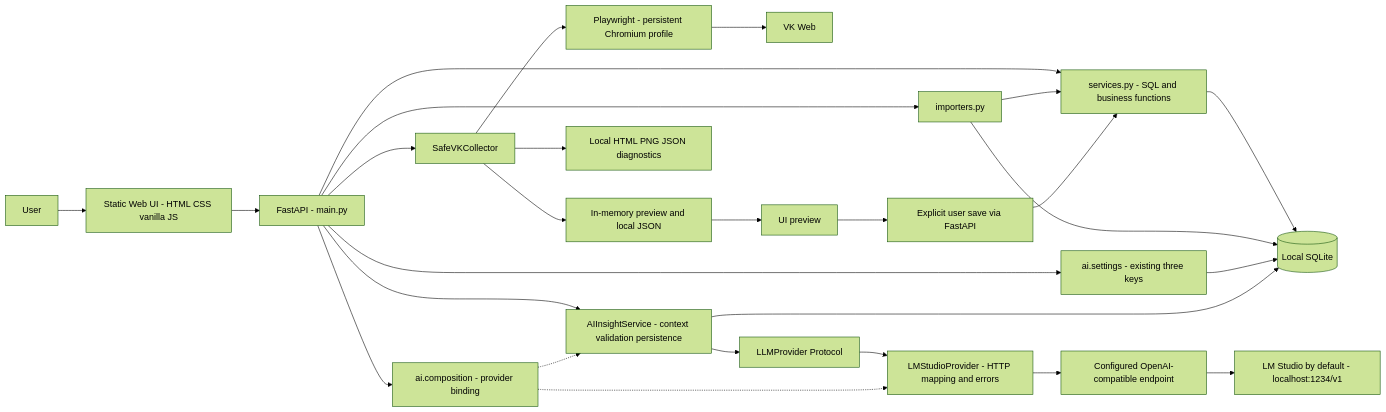
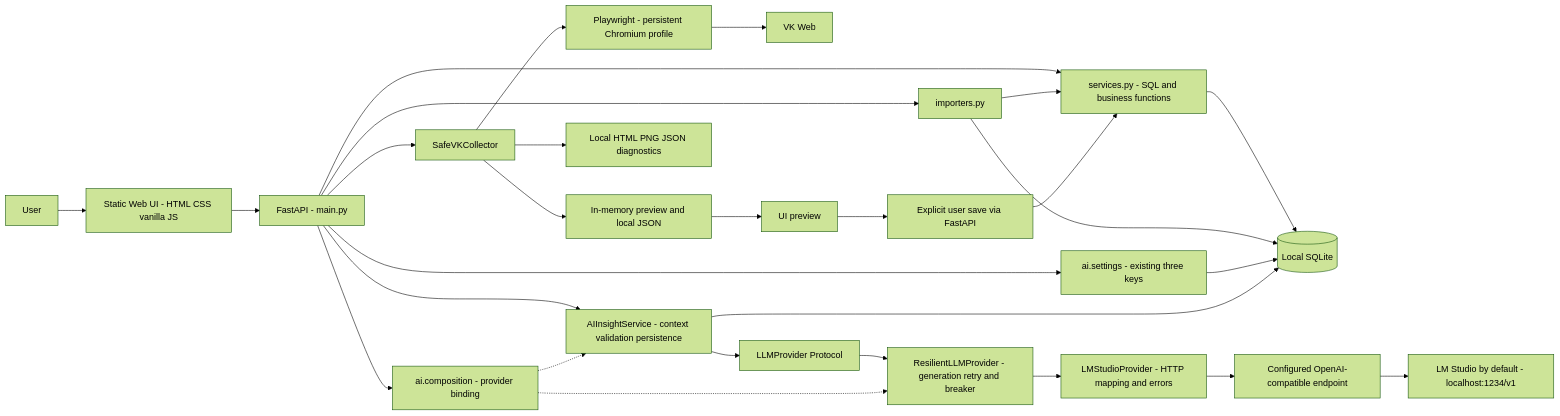
One commit to morshchagin-ivan/vk_social_radar changed the diagram in docs/certification/C4_CURRENT.md. Above: the diagram before and after it, drawn with Mermaid (forest theme). The commit also changed other lines of this file and 18 other files, not shown here.

````diff
--- a/docs/certification/C4_CURRENT.md
+++ b/docs/certification/C4_CURRENT.md
@@ -5,29 +5,30 @@
 ```mermaid
 flowchart LR
   User["User"] --> UI["Static Web UI - HTML CSS vanilla JS"]
   UI --> API["FastAPI - main.py"]
   API --> Services["services.py - SQL and business functions"]
   Services --> DB[("Local SQLite")]
   API --> Imports["importers.py"]
   Imports --> Services
   Imports --> DB
   API --> Collector["SafeVKCollector"]
   Collector --> PW["Playwright - persistent Chromium profile"]
   PW --> VK["VK Web"]
   API --> AI["AIInsightService - context validation persistence"]
   AI --> Port["LLMProvider Protocol"]
-  Port --> LMAdapter["LMStudioProvider - HTTP mapping and errors"]
+  Port --> Resilience["ResilientLLMProvider - generation retry and breaker"]
+  Resilience --> LMAdapter["LMStudioProvider - HTTP mapping and errors"]
   API --> Composition["ai.composition - provider binding"]
   Composition -.-> AI
-  Composition -.-> LMAdapter
+  Composition -.-> Resilience
   API --> Settings["ai.settings - existing three keys"]
   Settings --> DB
   AI --> DB
   LMAdapter --> Endpoint["Configured OpenAI-compatible endpoint"]
   Endpoint --> LMDefault["LM Studio by default - localhost:1234/v1"]
   Collector --> Preview["In-memory preview and local JSON"]
   Collector --> Diagnostics["Local HTML PNG JSON diagnostics"]
   Preview --> PreviewUI["UI preview"]
   PreviewUI --> Save["Explicit user save via FastAPI"]
   Save --> Services
 ```
````
